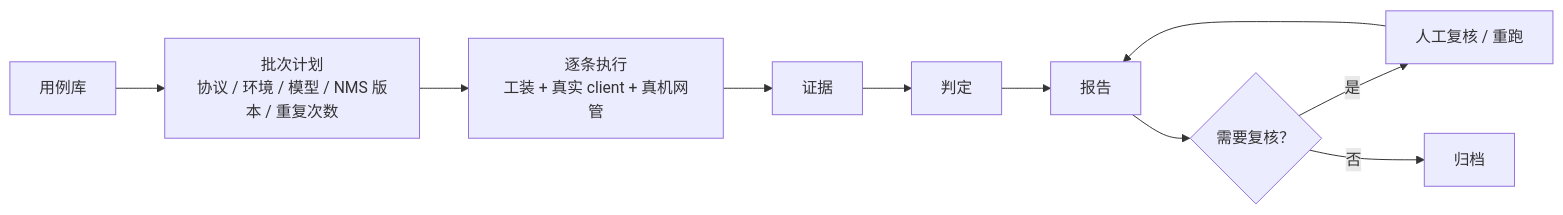
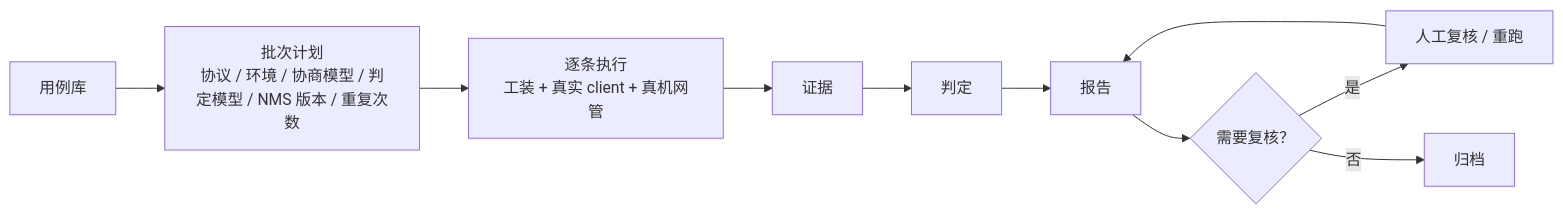
Before and after one commit to project-openan/a2a-t-sdk-python: the seventh of 9 diagrams in a2a-t-sample/ran-energy-saving/TESTER-ARCHITECTURE.md, drawn with Mermaid. The commit also changed other lines of this file, not shown here.

````diff
--- a/a2a-t-sample/ran-energy-saving/TESTER-ARCHITECTURE.md
+++ b/a2a-t-sample/ran-energy-saving/TESTER-ARCHITECTURE.md
@@ -277,12 +320,12 @@
 ```mermaid
 flowchart LR
-  C["用例库"] --> B["批次计划<br/>协议 / 环境 / 模型 / NMS 版本 / 重复次数"]
+  C["用例库"] --> B["批次计划<br/>协议 / 环境 / 协商模型 / 判定模型 / NMS 版本 / 重复次数"]
   B --> R["逐条执行<br/>工装 + 真实 client + 真机网管"]
   R --> E["证据"]
   E --> J["判定"]
   J --> P["报告"]
   P --> V{"需要复核？"}
   V -- 是 --> H["人工复核 / 重跑"]
   V -- 否 --> Z["归档"]
   H --> P
 ```
````
